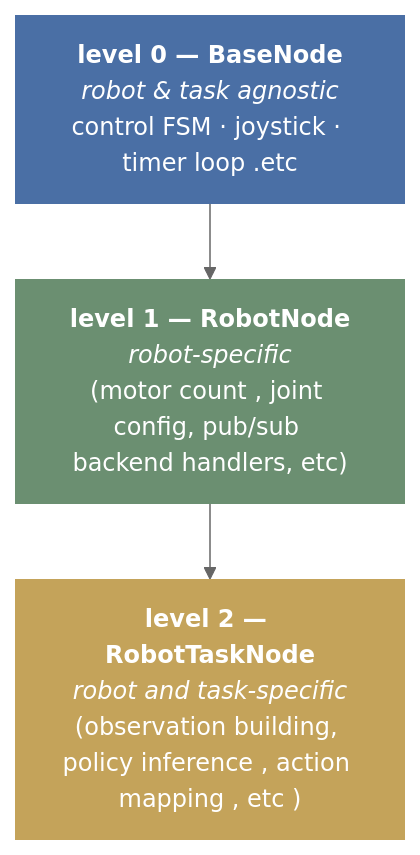
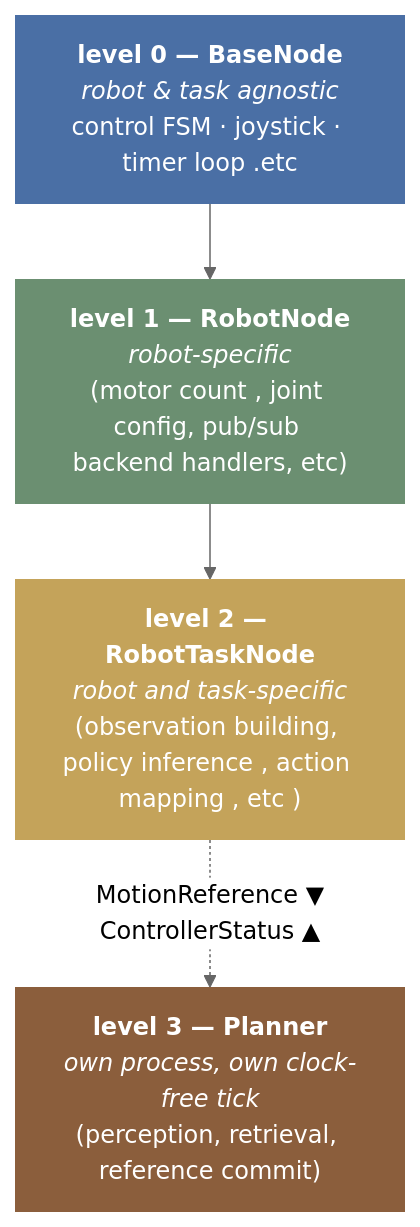
Before and after one commit to drcl-deploy/cpp_control: the second of 2 diagrams in docs/ethos.md, drawn with Mermaid (neutral theme). The commit also changed other lines of this file and 50 other files, not shown here.

````diff
--- a/docs/ethos.md
+++ b/docs/ethos.md
@@ -48,15 +48,19 @@
 ```mermaid
 graph TD
     A["<b>level 0 — BaseNode</b><br/><i>robot &amp; task agnostic</i><br/>control FSM · joystick · timer loop .etc"]
 
     B["<b>level 1 — RobotNode</b><br/><i>robot-specific</i><br/>(motor count , joint config, pub/sub backend handlers, etc)"]
 
     C["<b>level 2 — RobotTaskNode</b><br/><i>robot and task-specific</i><br/>(observation building, policy inference , action mapping , etc )"]
 
+    D["<b>level 3 — Planner</b><br/><i>own process, own clock-free tick</i><br/>(perception, retrieval, reference commit)"]
+
     A --> B
     B --> C
+    C -. "MotionReference ▼<br/>ControllerStatus ▲" .-> D
 
     style A fill:#4a6fa5,color:#fff,stroke:none
     style B fill:#6b8f71,color:#fff,stroke:none
     style C fill:#c4a35a,color:#fff,stroke:none
+    style D fill:#8b5e3c,color:#fff,stroke:none
 ```
````
